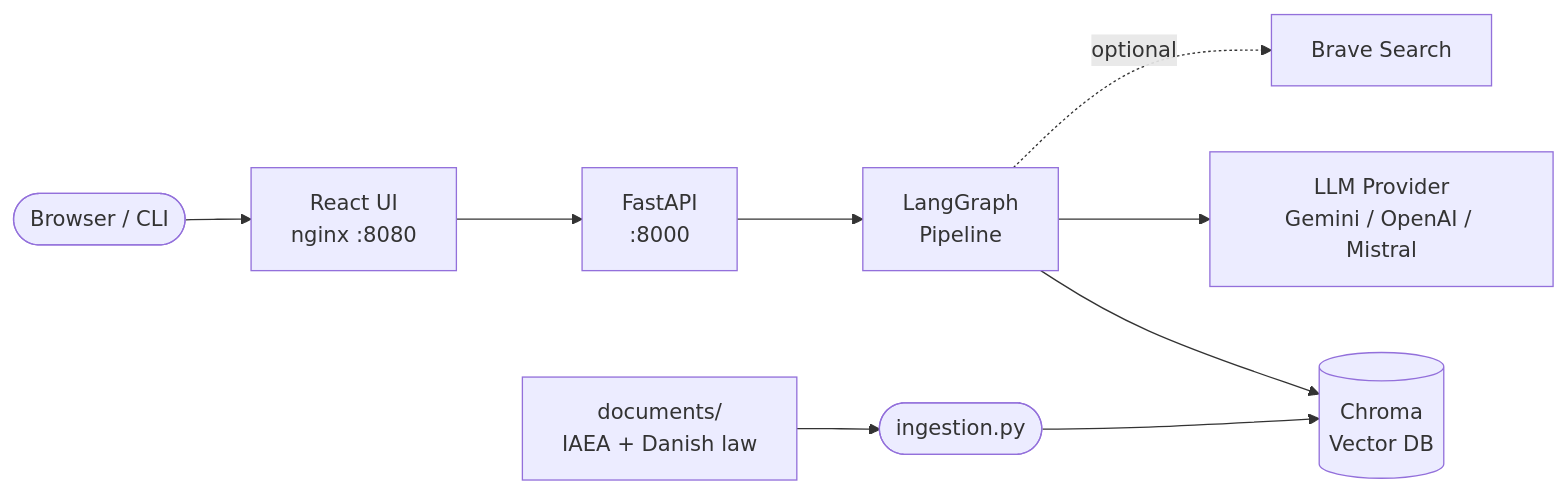
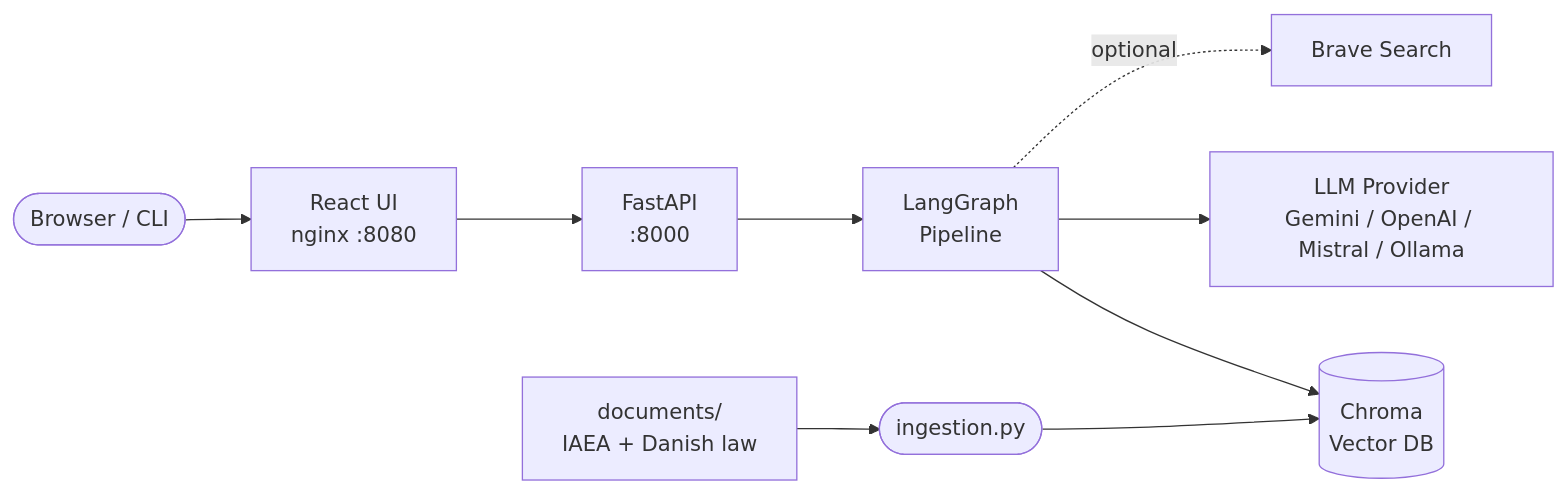
One commit to eikrad/Radiationsafety changed the first of 5 diagrams in docs/architecture.md. Above: the diagram before and after it, drawn with Mermaid. The commit also changed other lines of this file and 3 other files, not shown here.

First line of the commit message:
docs: sync architecture/agent docs with current graph.py and api/main.py

````diff
--- a/docs/architecture.md
+++ b/docs/architecture.md
@@ -17,11 +17,11 @@
 ```mermaid
 graph LR
     USER([Browser / CLI]) --> FE[React UI\nnginx :8080]
     FE --> API[FastAPI\n:8000]
     API --> LG[LangGraph\nPipeline]
     LG --> CHROMA[(Chroma\nVector DB)]
-    LG --> LLM[LLM Provider\nGemini / OpenAI / Mistral]
+    LG --> LLM[LLM Provider\nGemini / OpenAI / Mistral / Ollama]
     LG -.->|optional| BRAVE[Brave Search]
     INGEST([ingestion.py]) --> CHROMA
     DOCS[documents/\nIAEA + Danish law] --> INGEST
 ```
````
